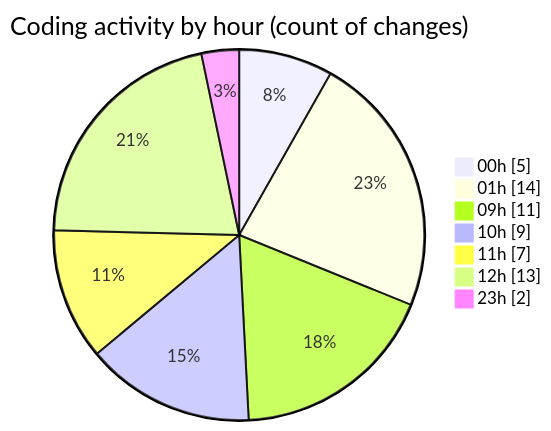
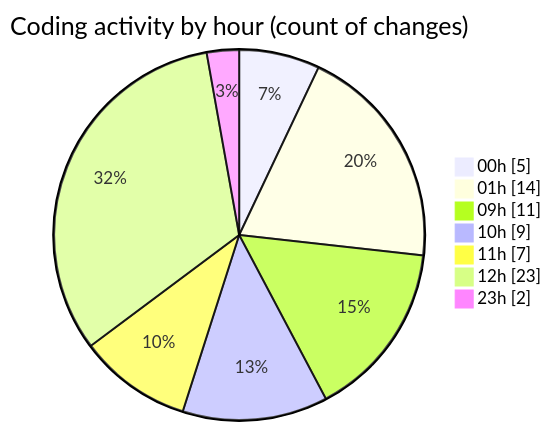
Before and after one commit to julien-gomy/code-tracking: the second of 2 diagrams in 2025-11-26/eventscop-frontend-guide__workspace_/README.md, drawn with Mermaid. The commit also changed other lines of this file and 1 other file, not shown here.

````diff
--- a/2025-11-26/eventscop-frontend-guide__workspace_/README.md
+++ b/2025-11-26/eventscop-frontend-guide__workspace_/README.md
@@ -45,11 +46,11 @@
 ```mermaid
 pie showData
 title Coding activity by hour (count of changes)
 "00h" : 5
 "01h" : 14
 "09h" : 11
 "10h" : 9
 "11h" : 7
-"12h" : 13
+"12h" : 23
 "23h" : 2
 ```
````
